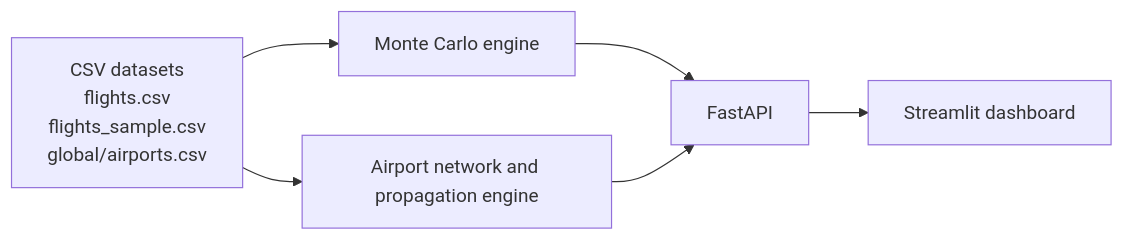
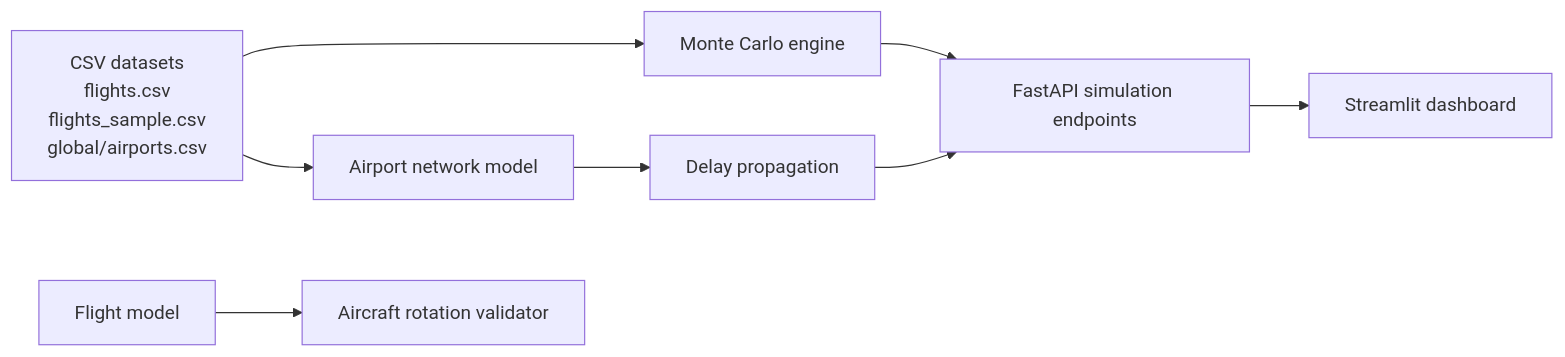
Before and after one commit to salehmahamathissene/aviation-risk-simulator: the diagram in README.md, drawn with Mermaid. The commit also changed other lines of this file, not shown here.

````diff
--- a/README.md
+++ b/README.md
@@ -81,14 +101,16 @@
 ```mermaid
 flowchart LR
     D["CSV datasets<br/>flights.csv<br/>flights_sample.csv<br/>global/airports.csv"]
     M["Monte Carlo engine"]
-    N["Airport network and propagation engine"]
-    F["FastAPI"]
+    N["Airport network model"]
+    P["Delay propagation"]
+    A["FastAPI simulation endpoints"]
     S["Streamlit dashboard"]
+    FM["Flight model"]
+    R["Aircraft rotation validator"]
 
-    D --> M
-    D --> N
-    M --> F
-    N --> F
-    F --> S
+    D --> M --> A
+    D --> N --> P --> A
+    A --> S
+    FM --> R
 ```
````
